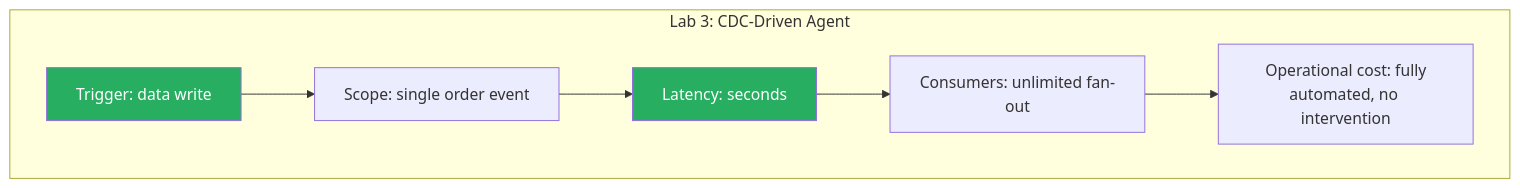
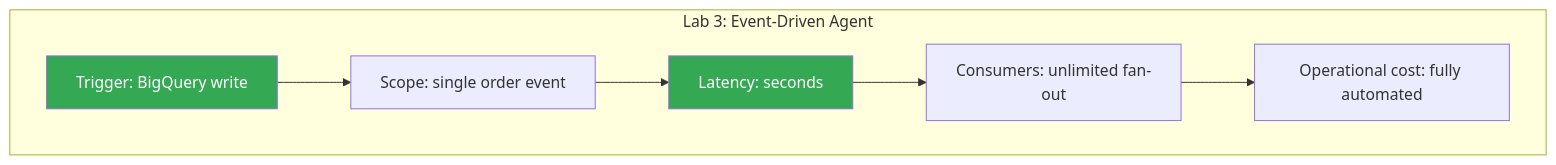
Before and after one commit to dambor/workshop-platform: the seventh of 11 diagrams in public/workshops/workshop-retail.md, drawn with Mermaid. The commit also changed other lines of this file and 150 other files, not shown here.

````diff
--- a/public/workshops/workshop-retail.md
+++ b/public/workshops/workshop-retail.md
@@ -720,12 +848,12 @@
 ```mermaid
 graph TD
-    subgraph CDC["Lab 3: CDC-Driven Agent"]
-        C1[Trigger: data write] --> C2[Scope: single order event]
+    subgraph Event["Lab 3: Event-Driven Agent"]
+        C1[Trigger: BigQuery write] --> C2[Scope: single order event]
         C2 --> C3[Latency: seconds]
         C3 --> C4[Consumers: unlimited fan-out]
-        C4 --> C5[Operational cost: fully\nautomated, no intervention]
+        C4 --> C5[Operational cost: fully automated]
     end
 
-    style C1 fill:#27ae60,color:#fff
-    style C3 fill:#27ae60,color:#fff
+    style C1 fill:#34A853,color:#fff
+    style C3 fill:#34A853,color:#fff
 ```
````
